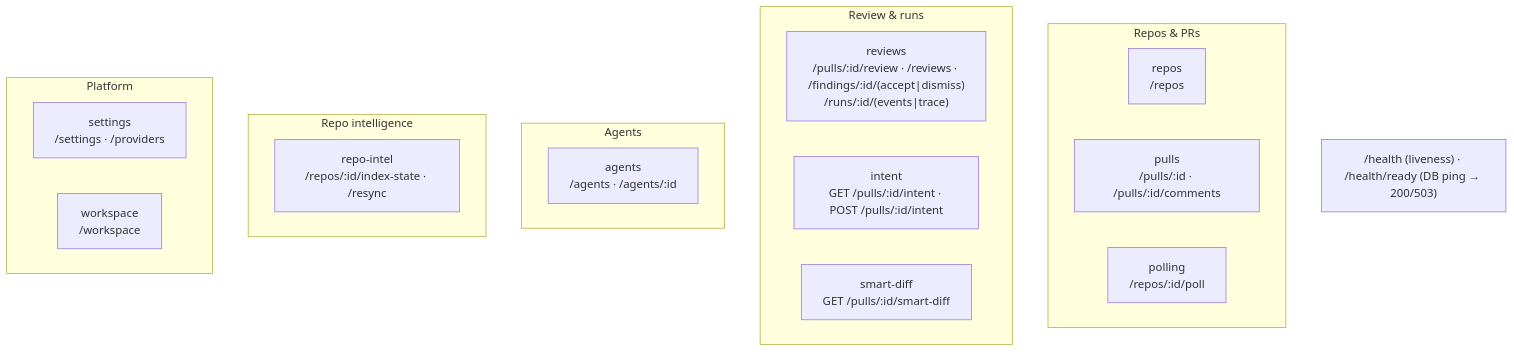
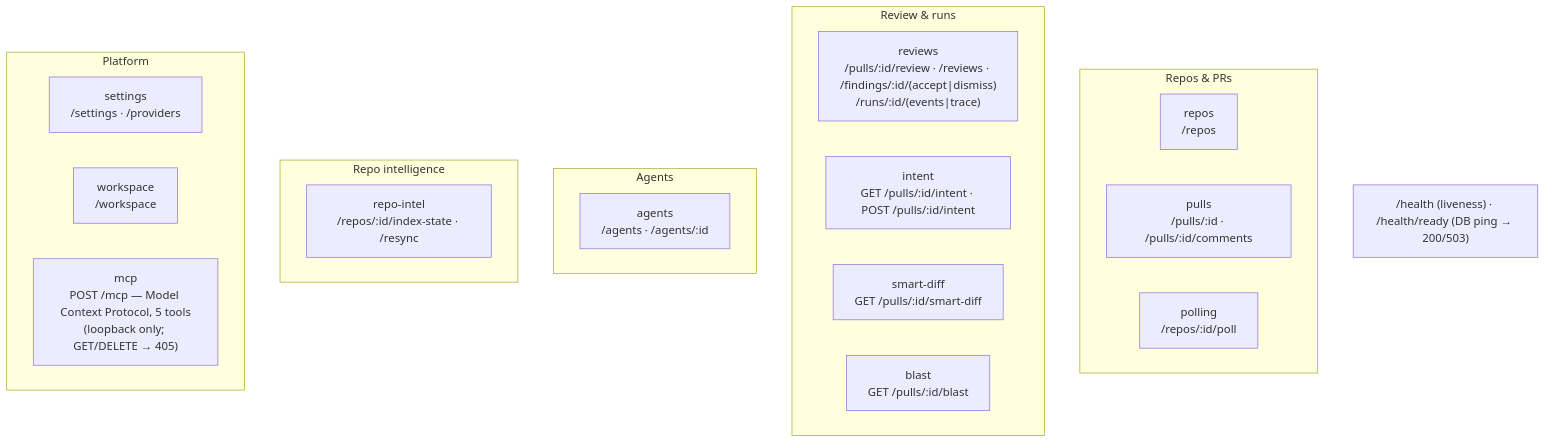
The second of 2 diagrams in server/README.md (AndriiSiuta/dev-digest), drawn with Mermaid before and after one commit. The commit also changed other lines of this file and 58 other files, not shown here.

First line of the commit message:
feat: MCP server + blast-radius module

````diff
--- a/server/README.md
+++ b/server/README.md
@@ -64,24 +64,26 @@
 ```mermaid
 flowchart TB
   subgraph Repos_PRs["Repos & PRs"]
     repos["repos<br/>/repos"]
     pulls["pulls<br/>/pulls/:id · /pulls/:id/comments"]
     polling["polling<br/>/repos/:id/poll"]
   end
   subgraph Review["Review & runs"]
     reviews["reviews<br/>/pulls/:id/review · /reviews · /findings/:id/(accept|dismiss)<br/>/runs/:id/(events|trace)"]
     intent["intent<br/>GET /pulls/:id/intent · POST /pulls/:id/intent"]
     smartDiff["smart-diff<br/>GET /pulls/:id/smart-diff"]
+    blast["blast<br/>GET /pulls/:id/blast"]
   end
   subgraph Agents["Agents"]
     agents["agents<br/>/agents · /agents/:id"]
   end
   subgraph Intel["Repo intelligence"]
     repoIntel["repo-intel<br/>/repos/:id/index-state · /resync"]
   end
   subgraph Platform["Platform"]
     settings["settings<br/>/settings · /providers"]
     workspace["workspace<br/>/workspace"]
+    mcp["mcp<br/>POST /mcp — Model Context Protocol, 5 tools<br/>(loopback only; GET/DELETE → 405)"]
   end
   HEALTH["/health (liveness) · /health/ready (DB ping → 200/503)"]
 ```
````
